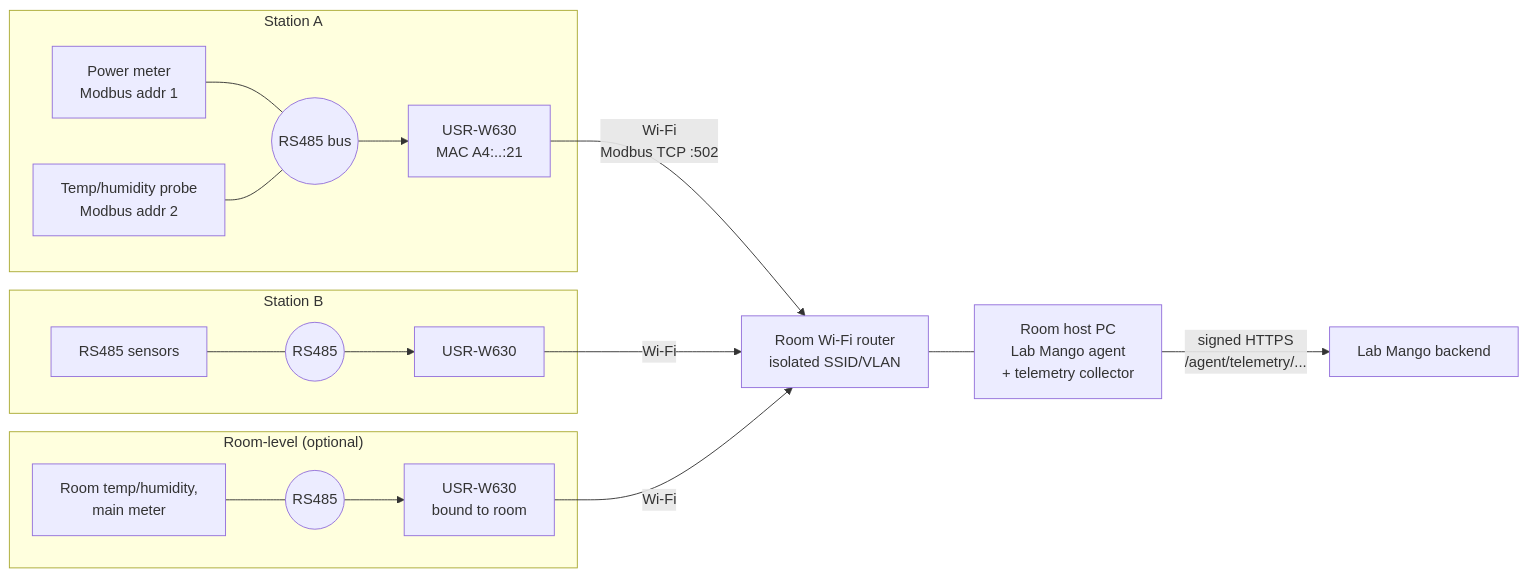
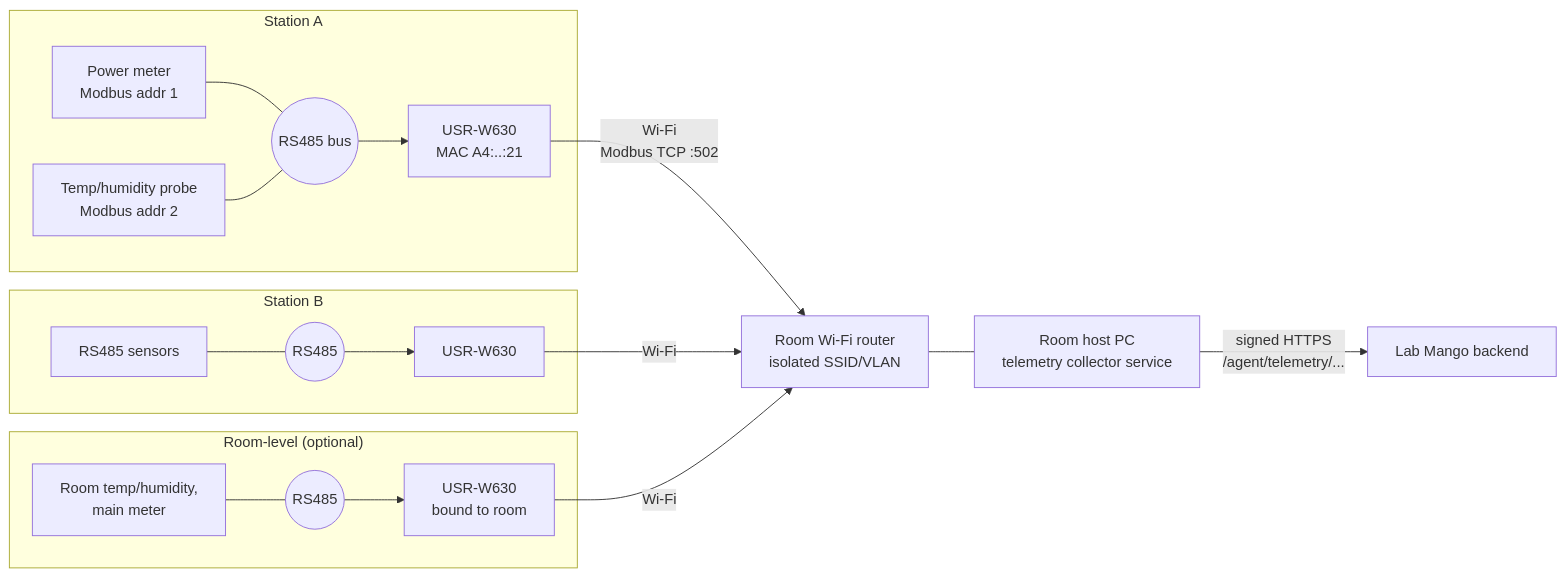
One commit to angustino88/lab-mango changed the first of 5 diagrams in docs/proposals/environment-telemetry.md. Above: the diagram before and after it, drawn with Mermaid. The commit also changed other lines of this file, not shown here.

First line of the commit message:
docs: add site sensors, UniFi network setup and separate collector identity to telemetry design

````diff
--- a/docs/proposals/environment-telemetry.md
+++ b/docs/proposals/environment-telemetry.md
@@ -71,19 +71,19 @@
 ```mermaid
 flowchart LR
   subgraph "Station A"
     SA1[Power meter<br/>Modbus addr 1] --- BUSA((RS485 bus))
     SA2[Temp/humidity probe<br/>Modbus addr 2] --- BUSA
     BUSA --> WA[USR-W630<br/>MAC A4:..:21]
   end
   subgraph "Station B"
     SB1[RS485 sensors] --- BUSB((RS485)) --> WB[USR-W630]
   end
   subgraph "Room-level (optional)"
     SR[Room temp/humidity,<br/>main meter] --- BUSR((RS485)) --> WR[USR-W630<br/>bound to room]
   end
   WA -- "Wi-Fi<br/>Modbus TCP :502" --> R[Room Wi-Fi router<br/>isolated SSID/VLAN]
   WB -- Wi-Fi --> R
   WR -- Wi-Fi --> R
-  R --- H[Room host PC<br/>Lab Mango agent<br/>+ telemetry collector]
+  R --- H[Room host PC<br/>telemetry collector service]
   H -- "signed HTTPS<br/>/agent/telemetry/..." --> API[Lab Mango backend]
 ```
````
